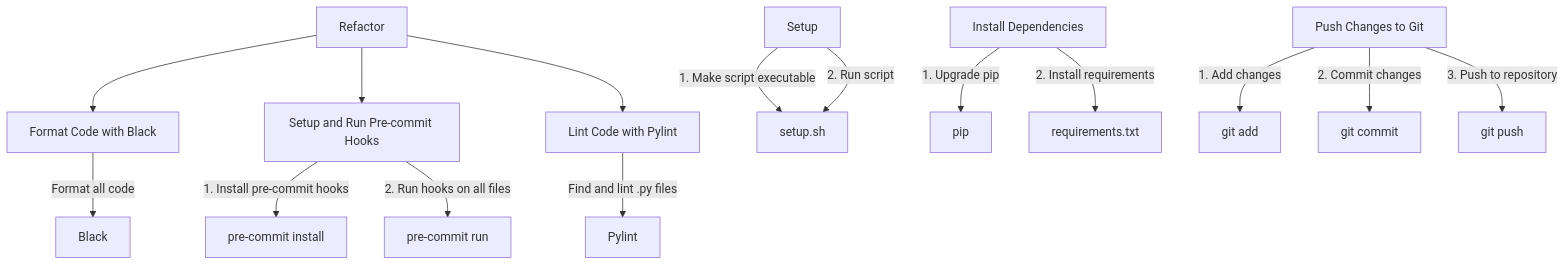
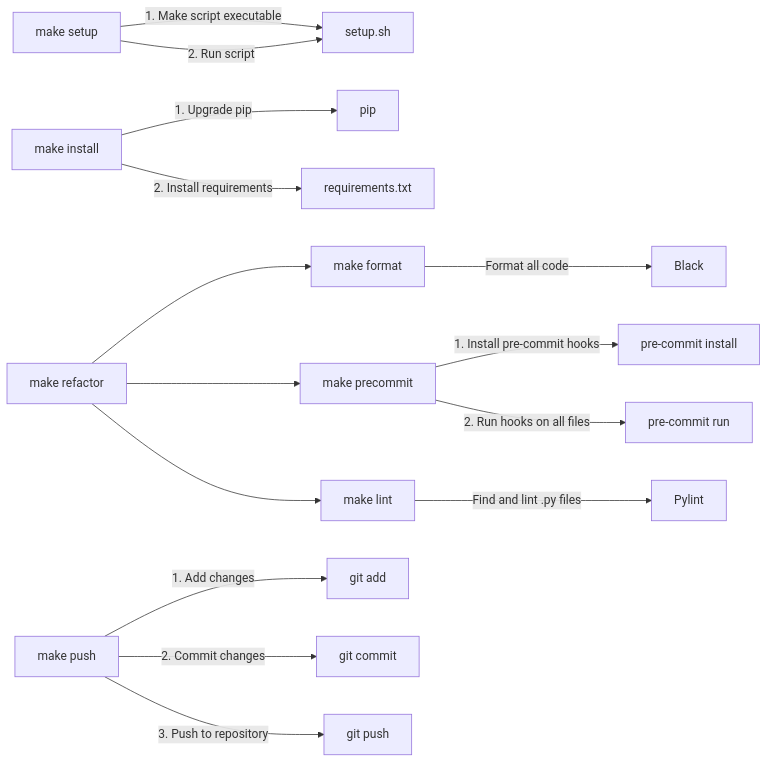
One commit to concaption/containerized-transcription-api changed the diagram in README.md. Above: the diagram before and after it, drawn with Mermaid.

Commit message:
Quick commit

````diff
--- a/README.md
+++ b/README.md
@@ -4,26 +4,30 @@
 ```mermaid
-graph TB
-  setup[Setup]
-  install[Install Dependencies]
-  format[Format Code with Black]
-  lint[Lint Code with Pylint]
-  precommit[Setup and Run Pre-commit Hooks]
-  refactor[Refactor]
-  push[Push Changes to Git]
-
+graph LR
+  setup[make setup]
   setup -->|1. Make script executable| setup.sh[setup.sh]
   setup -->|2. Run script| setup.sh
+
+  install[make install]
   install -->|1. Upgrade pip| pip[pip]
   install -->|2. Install requirements| requirements[requirements.txt]
+
+  format[make format]
   format -->|Format all code| black[Black]
+
+  lint[make lint]
   lint -->|Find and lint .py files| pylint[Pylint]
+
+  precommit[make precommit]
   precommit -->|1. Install pre-commit hooks| pre-commit-install[pre-commit install]
   precommit -->|2. Run hooks on all files| pre-commit-run[pre-commit run]
+
+  refactor[make refactor]
   refactor --> format
   refactor --> precommit
   refactor --> lint
+
+  push[make push]
   push -->|1. Add changes| git-add[git add]
   push -->|2. Commit changes| git-commit[git commit]
   push -->|3. Push to repository| git-push[git push]
-
 ```
````
